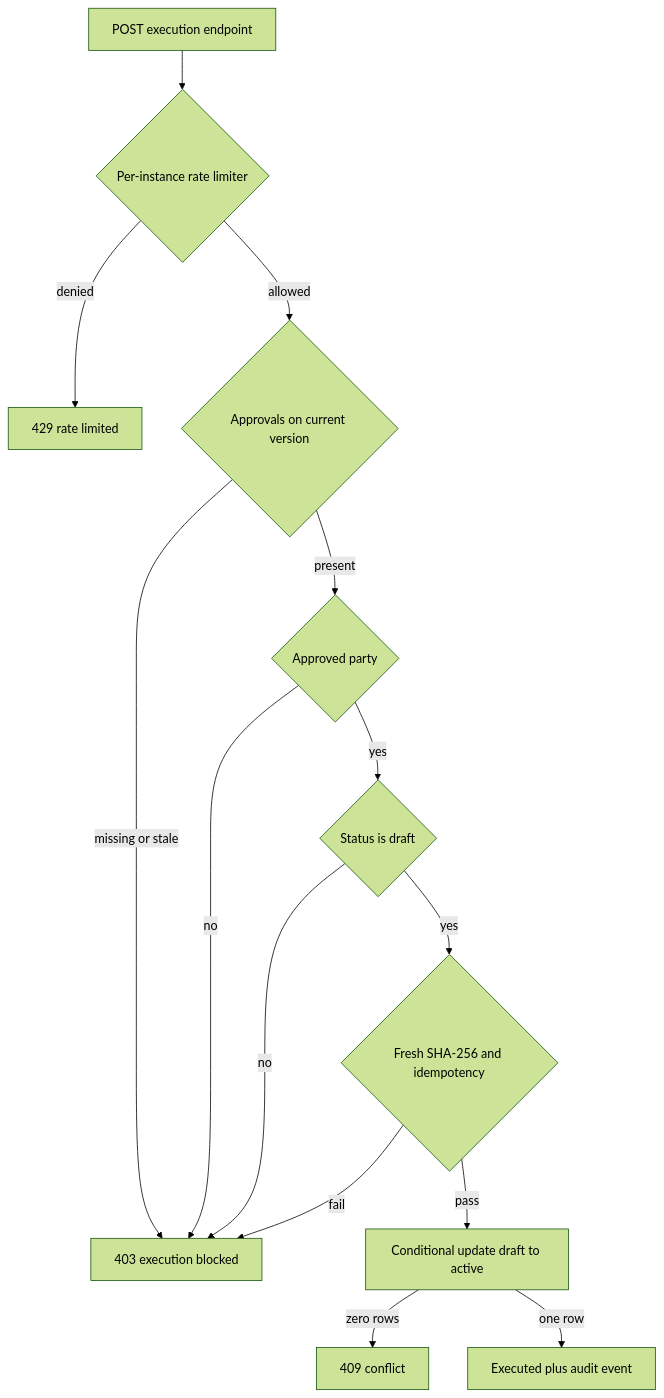
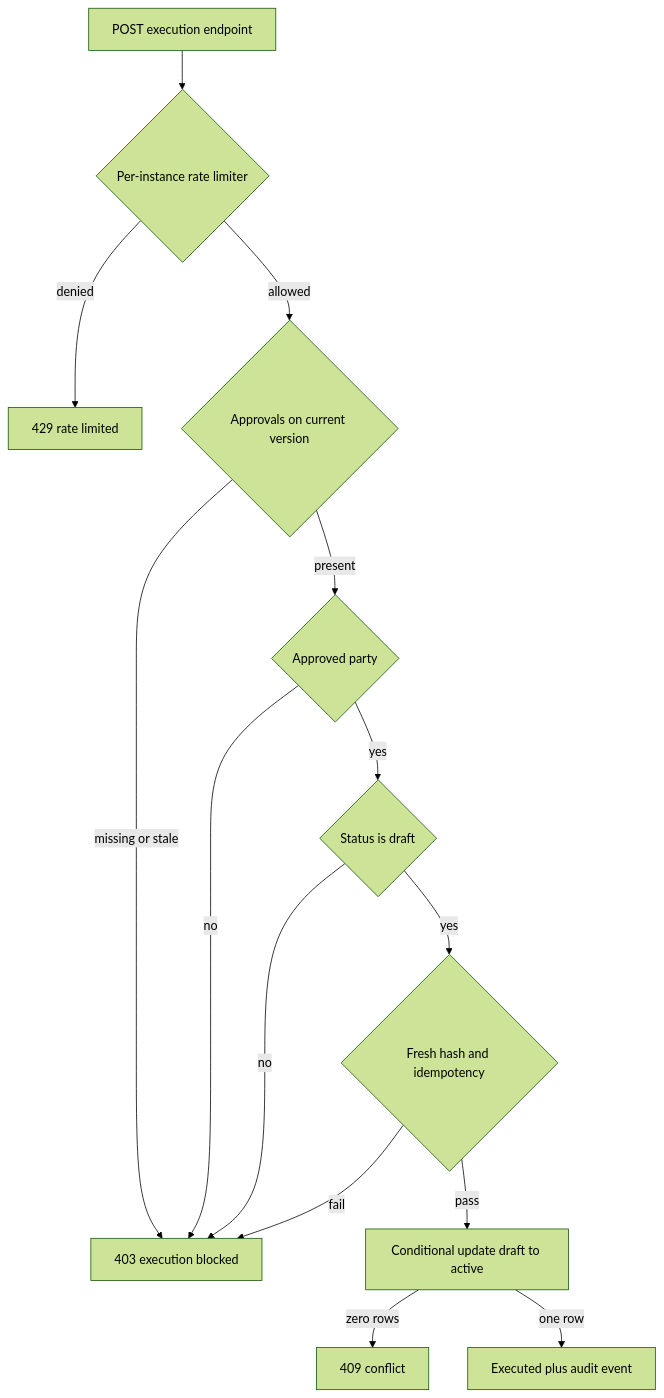
One commit to the-nidhi-bhat/LEXORA-LegalX changed the fourth of 4 diagrams in README.md. Above: the diagram before and after it, drawn with Mermaid (forest theme). The commit also changed other lines of this file and 7 other files, not shown here.

````diff
--- a/README.md
+++ b/README.md
@@ -224,16 +153,16 @@
 ```mermaid
 flowchart TD
-    Q[POST execution endpoint] --> RL{Per-instance rate limiter}
-    RL -->|denied| R429[429 rate limited]
-    RL -->|allowed| AP{Approvals on current version}
-    AP -->|missing or stale| F403[403 execution blocked]
-    AP -->|present| PT{Approved party}
-    PT -->|no| F403
-    PT -->|yes| ST{Status is draft}
-    ST -->|no| F403
-    ST -->|yes| FH{Fresh SHA-256 and idempotency}
-    FH -->|fail| F403
-    FH -->|pass| U[Conditional update draft to active]
-    U -->|zero rows| F409[409 conflict]
-    U -->|one row| OK[Executed plus audit event]
+    Q["POST execution endpoint"] --> RL{"Per-instance rate limiter"}
+    RL -->|"denied"| R429["429 rate limited"]
+    RL -->|"allowed"| AP{"Approvals on current version"}
+    AP -->|"missing or stale"| F403["403 execution blocked"]
+    AP -->|"present"| PT{"Approved party"}
+    PT -->|"no"| F403
+    PT -->|"yes"| ST{"Status is draft"}
+    ST -->|"no"| F403
+    ST -->|"yes"| FH{"Fresh hash and idempotency"}
+    FH -->|"fail"| F403
+    FH -->|"pass"| U["Conditional update draft to active"]
+    U -->|"zero rows"| F409["409 conflict"]
+    U -->|"one row"| OK["Executed plus audit event"]
 ```
````
